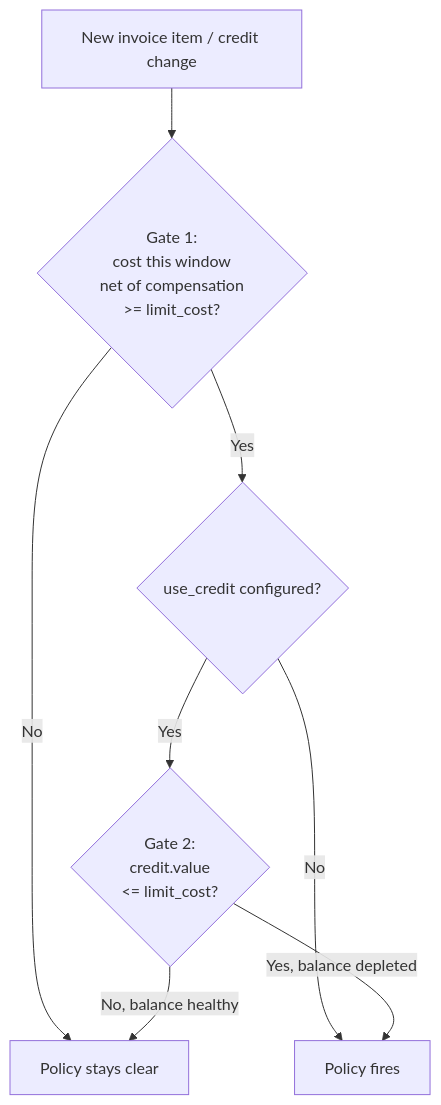
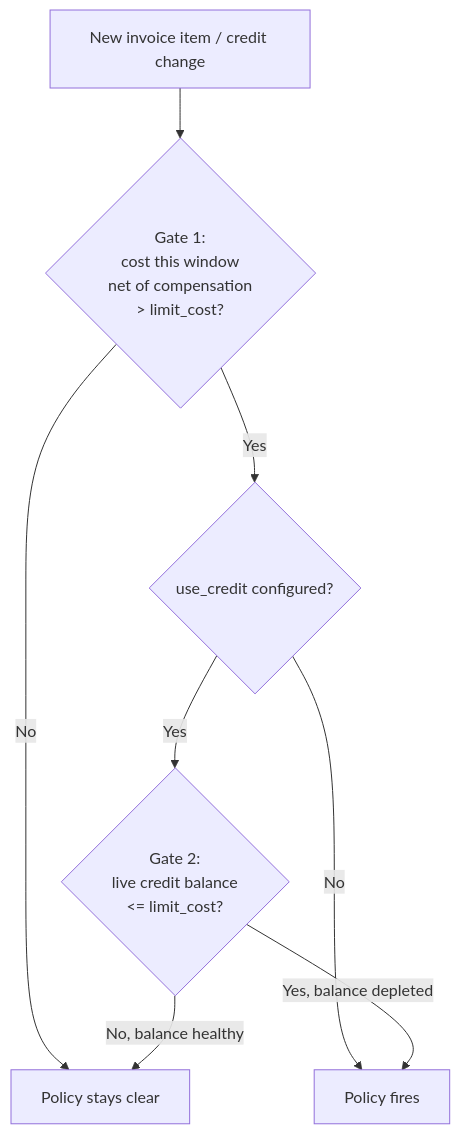
Before and after one commit to waldur/waldur-docs: the seventh of 8 diagrams in docs/developer-guide/guides/billing-and-invoicing.md, drawn with Mermaid. The commit also changed other lines of this file and 39 other files, not shown here.

````diff
--- a/docs/developer-guide/guides/billing-and-invoicing.md
+++ b/docs/developer-guide/guides/billing-and-invoicing.md
@@ -306,10 +306,10 @@
 ```mermaid
 graph TD
-    A[New invoice item / credit change] --> B{Gate 1:<br>cost this window<br>net of compensation<br>>= limit_cost?}
+    A[New invoice item / credit change] --> B{Gate 1:<br>cost this window<br>net of compensation<br>> limit_cost?}
     B -->|No| Z[Policy stays clear]
     B -->|Yes| C{use_credit configured?}
     C -->|No| F[Policy fires]
-    C -->|Yes| D{Gate 2:<br>credit.value<br><= limit_cost?}
+    C -->|Yes| D{Gate 2:<br>live credit balance<br><= limit_cost?}
     D -->|No, balance healthy| Z
     D -->|Yes, balance depleted| F
 ```
````
